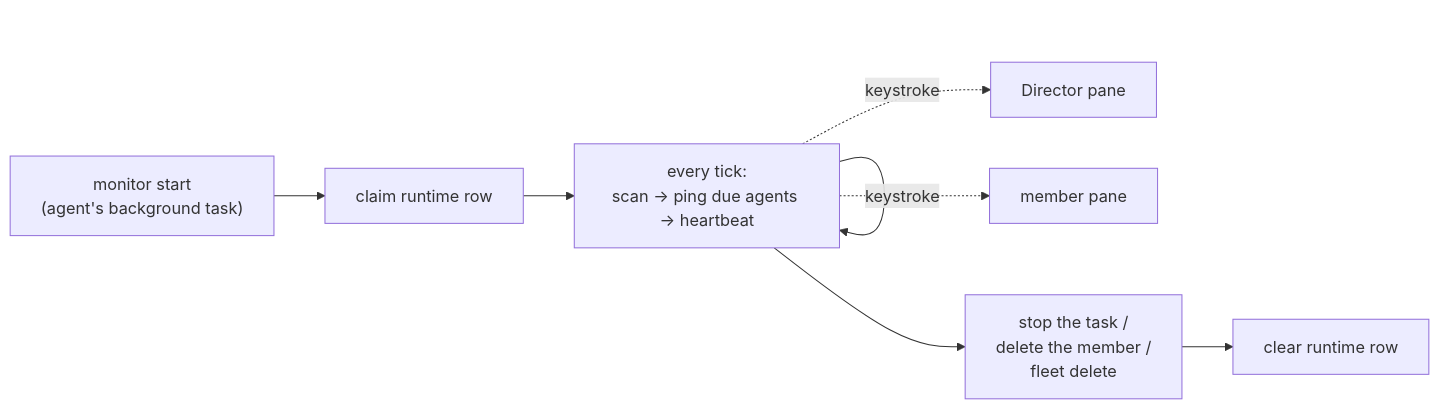
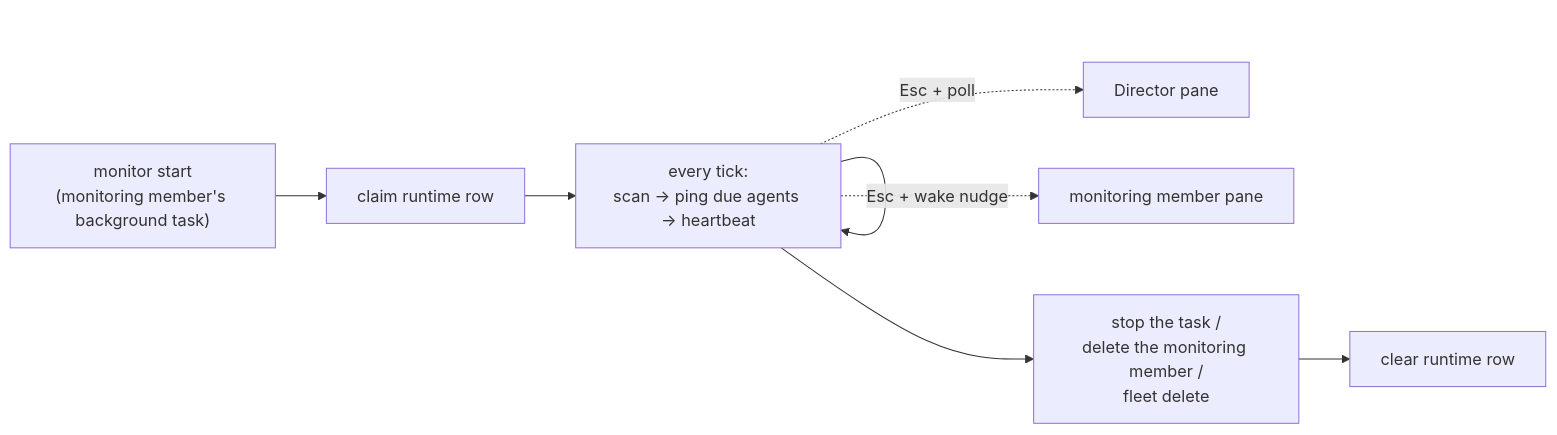
Before and after one commit to himkt/cafleet: the diagram in docs/concepts/monitoring.md, drawn with Mermaid. The commit also changed other lines of this file and 11 other files, not shown here.

Commit message:
docs: dedicated monitoring member and Esc-safeguarded heartbeat (design 0000090 Phase A)

````diff
--- a/docs/concepts/monitoring.md
+++ b/docs/concepts/monitoring.md
@@ -106,11 +163,11 @@
 ```mermaid
 %%{init: {'theme': 'default', 'themeVariables': {'fontSize': '16px'}}}%%
 flowchart LR
-    Start["monitor start<br/>(agent's background task)"] --> Claim["claim runtime row"]
+    Start["monitor start<br/>(monitoring member's background task)"] --> Claim["claim runtime row"]
     Claim --> Tick["every tick:<br/>scan → ping due agents → heartbeat"]
     Tick --> Tick
-    Tick --> Stop["stop the task /<br/>delete the member /<br/>fleet delete"]
+    Tick --> Stop["stop the task /<br/>delete the monitoring member /<br/>fleet delete"]
     Stop --> Clear["clear runtime row"]
-    Tick -. keystroke .-> PaneD["Director pane"]
-    Tick -. keystroke .-> PaneM["member pane"]
+    Tick -. Esc + poll .-> PaneD["Director pane"]
+    Tick -. Esc + wake nudge .-> PaneMon["monitoring member pane"]
 ```
````
